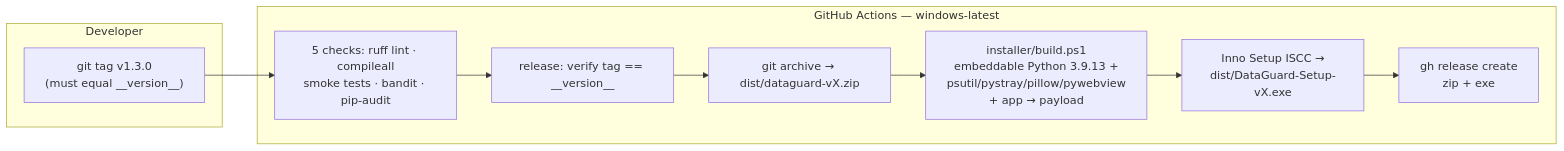
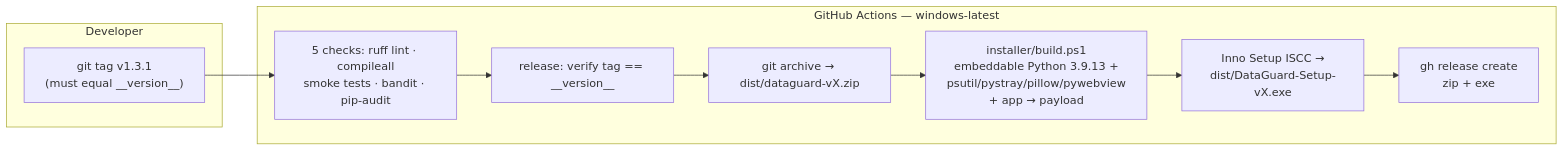
Before and after one commit to yassine808/network-tracker: the seventh of 7 diagrams in README.md, drawn with Mermaid. The commit also changed other lines of this file, not shown here.

Commit message:
docs: bump the README to 1.3.1 so it matches __version__

````diff
--- a/README.md
+++ b/README.md
@@ -476,17 +476,17 @@
 ```mermaid
 flowchart LR
     subgraph DEV["Developer"]
-        T["git tag v1.3.0<br/>(must equal __version__)"]
+        T["git tag v1.3.1<br/>(must equal __version__)"]
     end
 
     subgraph CI["GitHub Actions — windows-latest"]
         C1["5 checks: ruff lint · compileall<br/>smoke tests · bandit · pip-audit"]
         C2["release: verify tag == __version__"]
         C3["git archive → dist/dataguard-vX.zip"]
         C4["installer/build.ps1<br/>embeddable Python 3.9.13 +<br/>psutil/pystray/pillow/pywebview<br/>+ app → payload"]
         C5["Inno Setup ISCC →<br/>dist/DataGuard-Setup-vX.exe"]
         C6["gh release create<br/>zip + exe"]
     end
 
     T --> C1 --> C2 --> C3 --> C4 --> C5 --> C6
 ```
````
